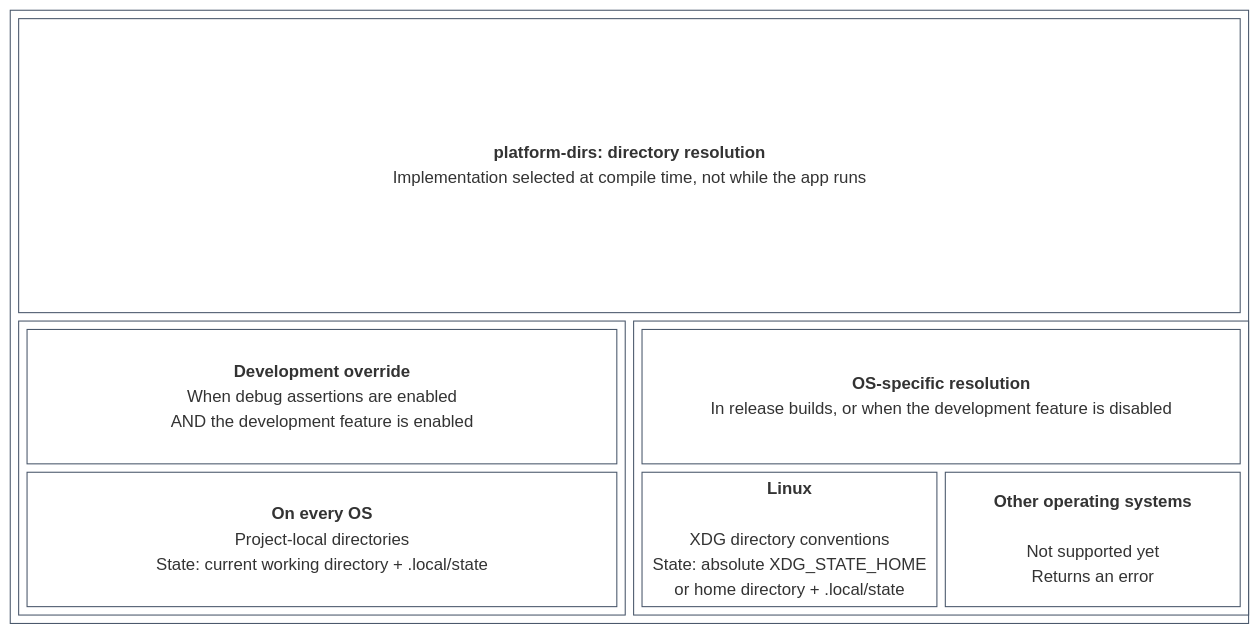
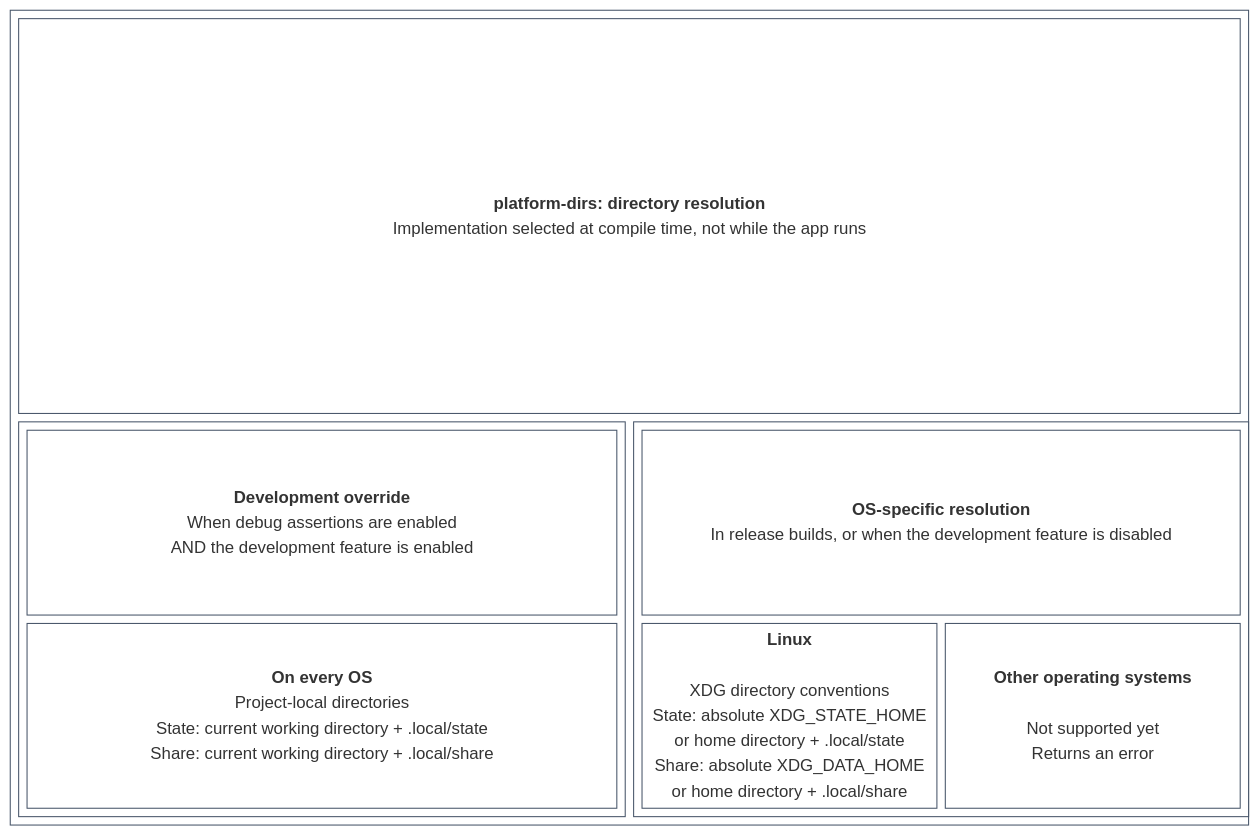
The diagram in crates/platform-dirs/docs/architecture.mmd (chessvaultdotapp/chessvault), drawn with Mermaid before and after one commit. The commit also changed 11 other files, not shown here.

Commit message:
[platform-dirs][docs] Add user share directory resolution

```diff
--- a/crates/platform-dirs/docs/architecture.mmd
+++ b/crates/platform-dirs/docs/architecture.mmd
@@ -1,28 +1,28 @@
 block-beta
     columns 1
     block:comptime
         columns 2
         title["<b>platform-dirs: directory resolution</b><br/>Implementation selected at compile time, not while the app runs"]:2
         block:development
             columns 1
             development_title["<b>Development override</b><br/>When debug assertions are enabled<br/>AND the development feature is enabled"]
-            development_path["<b>On every OS</b><br/>Project-local directories<br/>State: current working directory + .local/state"]
+            development_path["<b>On every OS</b><br/>Project-local directories<br/>State: current working directory + .local/state<br/>Share: current working directory + .local/share"]
         end
         block:native
             columns 2
             native_title["<b>OS-specific resolution</b><br/>In release builds, or when the development feature is disabled"]:2
-            linux["<b>Linux</b><br/><br/>XDG directory conventions<br/>State: absolute XDG_STATE_HOME<br/>or home directory + .local/state"]
+            linux["<b>Linux</b><br/><br/>XDG directory conventions<br/>State: absolute XDG_STATE_HOME<br/>or home directory + .local/state<br/>Share: absolute XDG_DATA_HOME<br/>or home directory + .local/share"]
             other["<b>Other operating systems</b><br/><br/>Not supported yet<br/>Returns an error"]
         end
     end
 
     classDef default fill:#ffffff,stroke:#475569,color:#0f172a
     style title fill:transparent,stroke:none,color:#0f172a
     style development_title fill:transparent,stroke:none,color:#0f172a
     style native_title fill:transparent,stroke:none,color:#0f172a
     style comptime fill:transparent,stroke:#475569,color:#0f172a
     style development fill:transparent,stroke:#475569,color:#0f172a
     style development_path fill:#dbeafe,stroke:#2563eb,color:#0f172a
     style native fill:transparent,stroke:#475569,color:#0f172a
     style linux fill:#ecfdf5,stroke:#059669,color:#0f172a
     style other fill:#fff7ed,stroke:#ea580c,color:#0f172a
```
